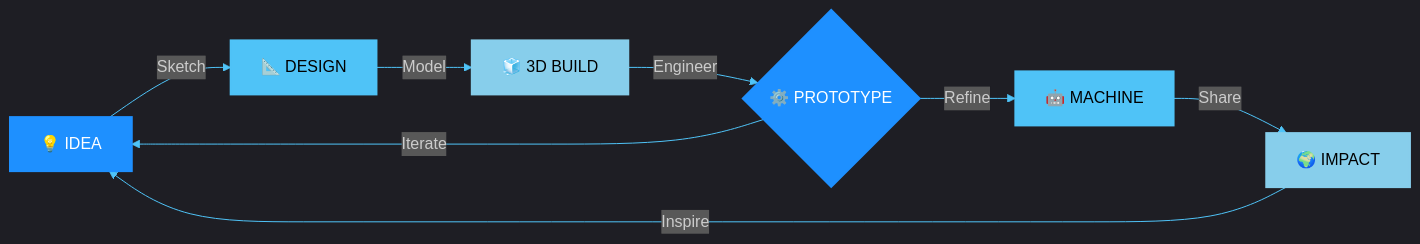
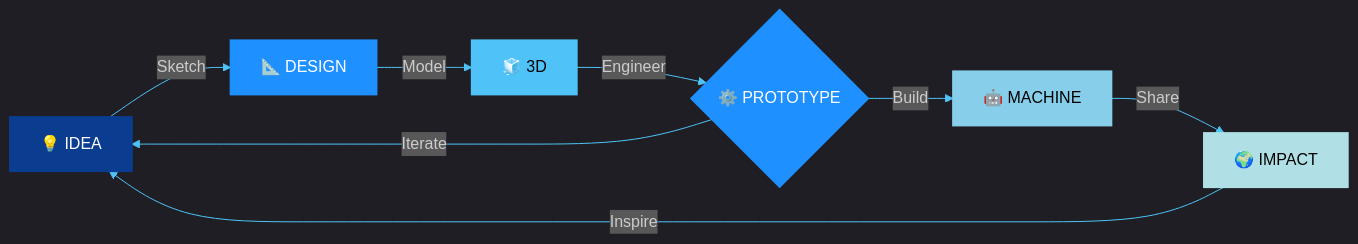
The third of 4 diagrams in readme.md (nasblor/nasblor), drawn with Mermaid before and after one commit. The commit also changed other lines of this file, not shown here.

````diff
--- a/readme.md
+++ b/readme.md
@@ -130,17 +129,17 @@
 ```mermaid
-%%{init: {'theme':'dark','themeVariables':{'primaryColor':'#1e90ff','primaryTextColor':'#000','lineColor':'#4FC3F7','secondaryColor':'#0e3460','tertiaryColor':'#0d1117'}}}%%
+%%{init: {'theme':'dark','themeVariables':{'primaryColor':'#1e90ff','primaryTextColor':'#fff','lineColor':'#4FC3F7','secondaryColor':'#0e3460','tertiaryColor':'#0d1117'}}}%%
 flowchart LR
     A["💡 IDEA"] -->|Sketch| B["📐 DESIGN"]
-    B -->|Model| C["🧊 3D BUILD"]
+    B -->|Model| C["🧊 3D"]
     C -->|Engineer| D{"⚙️ PROTOTYPE"}
-    D -->|Refine| E["🤖 MACHINE"]
+    D -->|Build| E["🤖 MACHINE"]
     D -->|Iterate| A
     E -->|Share| F["🌍 IMPACT"]
     F -->|Inspire| A
-    style A fill:#1e90ff,stroke:#1e90ff,color:#fff,stroke-width:2px
-    style B fill:#4FC3F7,stroke:#4FC3F7,color:#000,stroke-width:2px
-    style C fill:#87CEEB,stroke:#87CEEB,color:#000,stroke-width:2px
+    style A fill:#0a3d8f,stroke:#0a3d8f,color:#fff,stroke-width:2px
+    style B fill:#1e90ff,stroke:#1e90ff,color:#fff,stroke-width:2px
+    style C fill:#4FC3F7,stroke:#4FC3F7,color:#000,stroke-width:2px
     style D fill:#1e90ff,stroke:#1e90ff,color:#fff,stroke-width:2px
-    style E fill:#4FC3F7,stroke:#4FC3F7,color:#000,stroke-width:2px
-    style F fill:#87CEEB,stroke:#87CEEB,color:#000,stroke-width:2px
+    style E fill:#87CEEB,stroke:#87CEEB,color:#000,stroke-width:2px
+    style F fill:#B0E0E6,stroke:#B0E0E6,color:#000,stroke-width:2px
 ```
````
